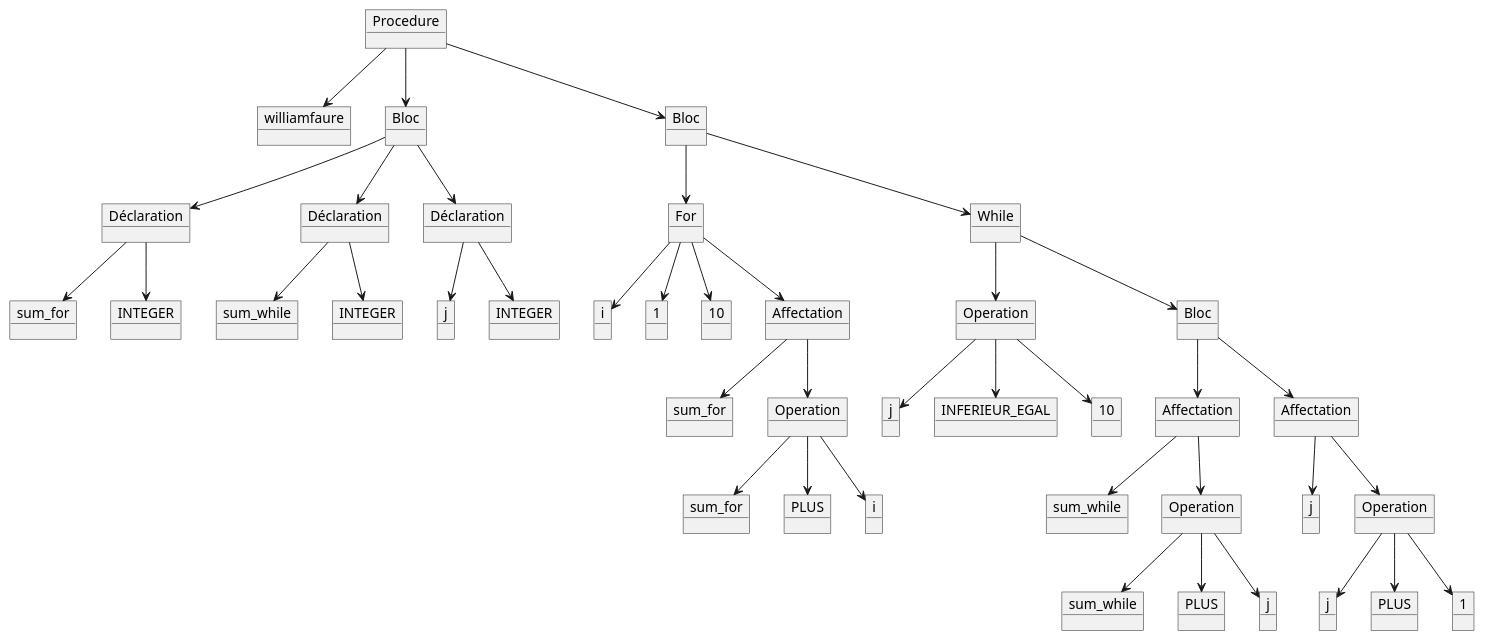
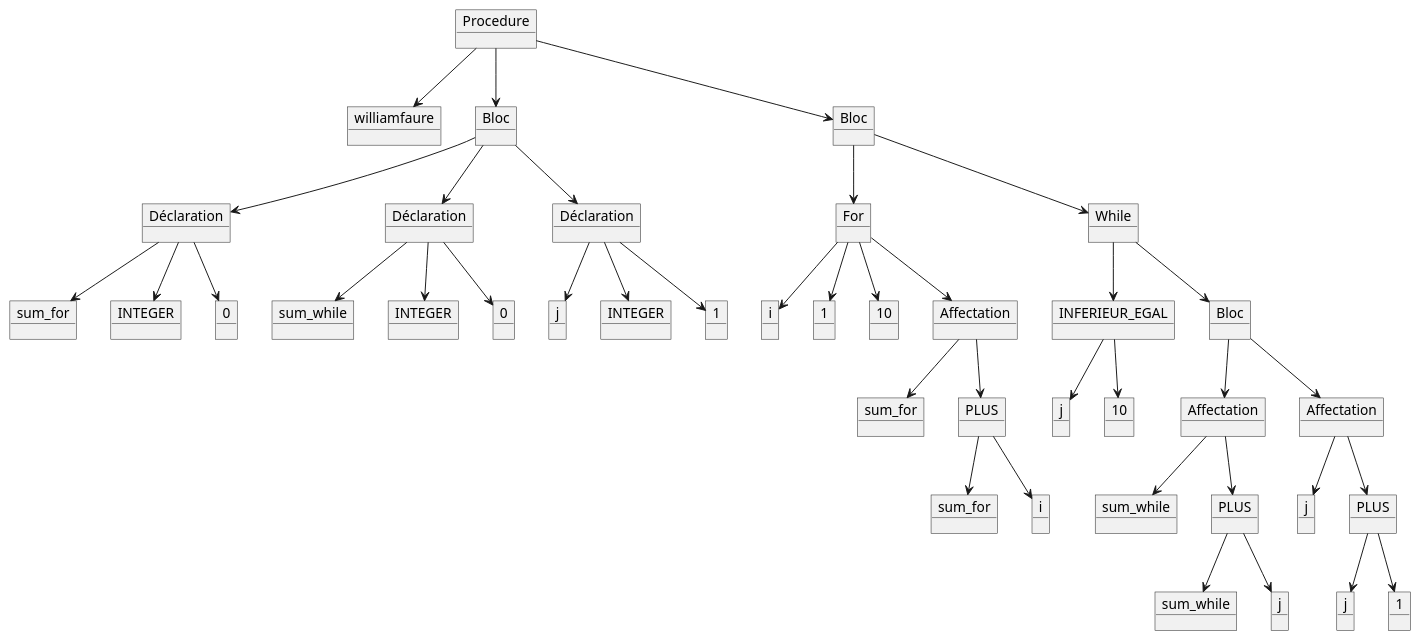
Before and after one commit to LeBoufty/pcl: the diagram in Programmes/Fonctionne/williamfaure.adb.ast.pu, drawn with PlantUML. The commit also changed 2 other files, not shown here.

```diff
--- a/Programmes/Fonctionne/williamfaure.adb.ast.pu
+++ b/Programmes/Fonctionne/williamfaure.adb.ast.pu
@@ -1,83 +1,81 @@
 @startuml ArbreSyntaxique
 object "Procedure" as Procedure
 object "williamfaure" as williamfaure
 object "Bloc" as Bloc
 object "Bloc" as Bloc1
 object "Déclaration" as Declaration
 object "Déclaration" as Declaration1
 object "Déclaration" as Declaration2
 object "For" as InstructionFor
 object "While" as InstructionWhile
 object "sum_for" as sum_for
 object "INTEGER" as INTEGER
+object "0" as 0
 object "sum_while" as sum_while
 object "INTEGER" as INTEGER_
+object "0" as 0_
 object "j" as j
 object "INTEGER" as INTEGER__
+object "1" as 1
 object "i" as i
-object "1" as 1
+object "1" as 1_
 object "10" as 10
 object "Affectation" as Affectation
-object "Operation" as Operation1
+object "INFERIEUR_EGAL" as Operation1
 object "Bloc" as Bloc2
 object "sum_for" as sum_for_
-object "Operation" as Operation
+object "PLUS" as Operation
 object "j" as j_
-object "INFERIEUR_EGAL" as INFERIEUR_EGAL
 object "10" as 10_
 object "Affectation" as Affectation1
 object "Affectation" as Affectation2
 object "sum_for" as sum_for__
-object "PLUS" as PLUS
 object "i" as i_
 object "sum_while" as sum_while_
-object "Operation" as Operation2
+object "PLUS" as Operation2
 object "j" as j___
-object "Operation" as Operation3
+object "PLUS" as Operation3
 object "sum_while" as sum_while__
-object "PLUS" as PLUS_
 object "j" as j__
 object "j" as j____
-object "PLUS" as PLUS__
-object "1" as 1_
+object "1" as 1__
 Procedure -down-> williamfaure
 Procedure -down-> Bloc
 Procedure -down-> Bloc1
 Bloc -down-> Declaration
 Bloc -down-> Declaration1
 Bloc -down-> Declaration2
 Bloc1 -down-> InstructionFor
 Bloc1 -down-> InstructionWhile
 Declaration -down-> sum_for
 Declaration -down-> INTEGER
+Declaration -down-> 0
 Declaration1 -down-> sum_while
 Declaration1 -down-> INTEGER_
+Declaration1 -down-> 0_
 Declaration2 -down-> j
 Declaration2 -down-> INTEGER__
+Declaration2 -down-> 1
 InstructionFor -down-> i
-InstructionFor -down-> 1
+InstructionFor -down-> 1_
 InstructionFor -down-> 10
 InstructionFor -down-> Affectation
 InstructionWhile -down-> Operation1
 InstructionWhile -down-> Bloc2
 Affectation -down-> sum_for_
 Affectation -down-> Operation
 Operation1 -down-> j_
-Operation1 -down-> INFERIEUR_EGAL
 Operation1 -down-> 10_
 Bloc2 -down-> Affectation1
 Bloc2 -down-> Affectation2
 Operation -down-> sum_for__
-Operation -down-> PLUS
 Operation -down-> i_
 Affectation1 -down-> sum_while_
 Affectation1 -down-> Operation2
 Affectation2 -down-> j___
 Affectation2 -down-> Operation3
 Operation2 -down-> sum_while__
-Operation2 -down-> PLUS_
 Operation2 -down-> j__
 Operation3 -down-> j____
-Operation3 -down-> PLUS__
-Operation3 -down-> 1_
+Operation3 -down-> 1__
 @enduml
```
